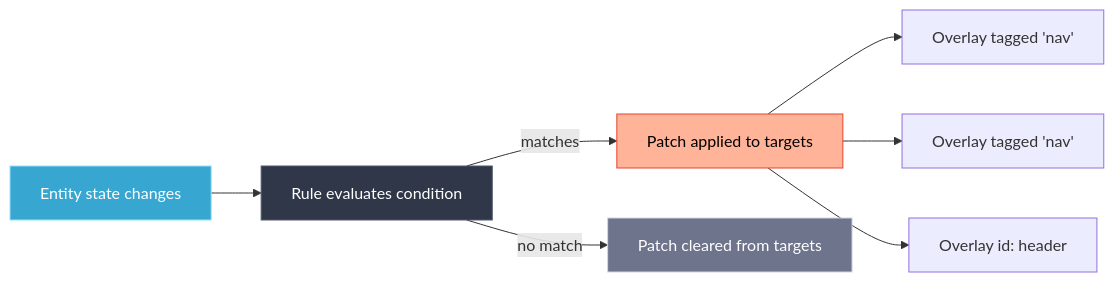
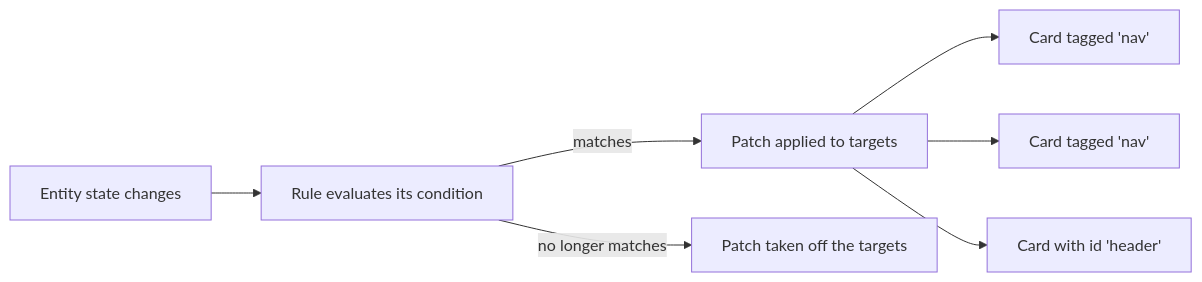
Before and after one commit to snootched/lcards: the diagram in doc/core/rules/index.md, drawn with Mermaid. The commit also changed other lines of this file and 135 other files, not shown here.

````diff
--- a/doc/core/rules/index.md
+++ b/doc/core/rules/index.md
@@ -11,14 +27,9 @@
 ```mermaid
 flowchart LR
-    E[Entity state changes] --> R[Rule evaluates condition]
+    E[Entity state changes] --> R[Rule evaluates its condition]
     R -- matches --> P[Patch applied to targets]
-    R -- no match --> C[Patch cleared from targets]
-    P --> T1[Overlay tagged 'nav']
-    P --> T2[Overlay tagged 'nav']
-    P --> T3[Overlay id: header]
-
-    style E fill:#37a6d1,stroke:#93e1ff,color:#fff
-    style R fill:#2f3749,stroke:#52596e,color:#fff
-    style P fill:#ffb399,stroke:#e7442a,color:#000
-    style C fill:#6d748c,stroke:#d2d5df,color:#fff
+    R -- no longer matches --> C[Patch taken off the targets]
+    P --> T1[Card tagged 'nav']
+    P --> T2[Card tagged 'nav']
+    P --> T3[Card with id 'header']
 ```
````
